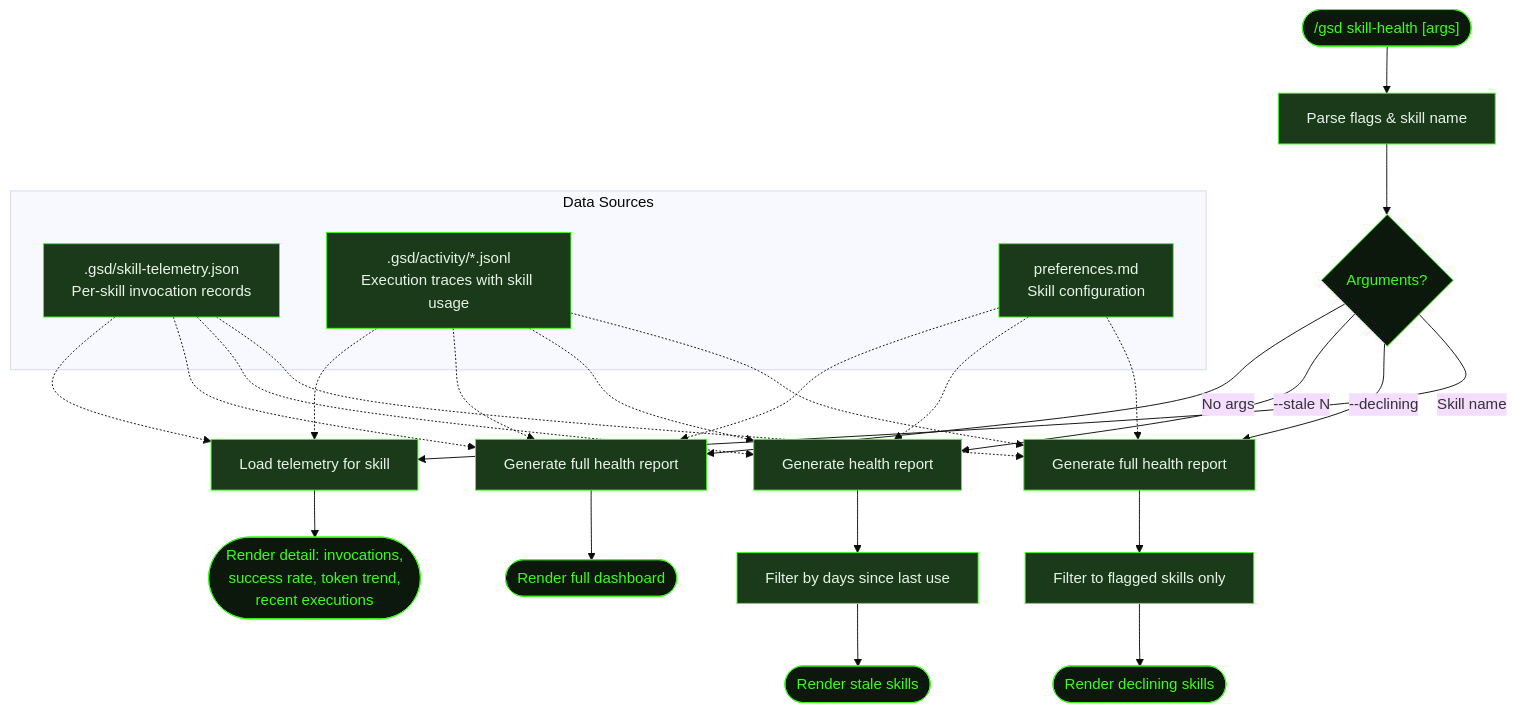
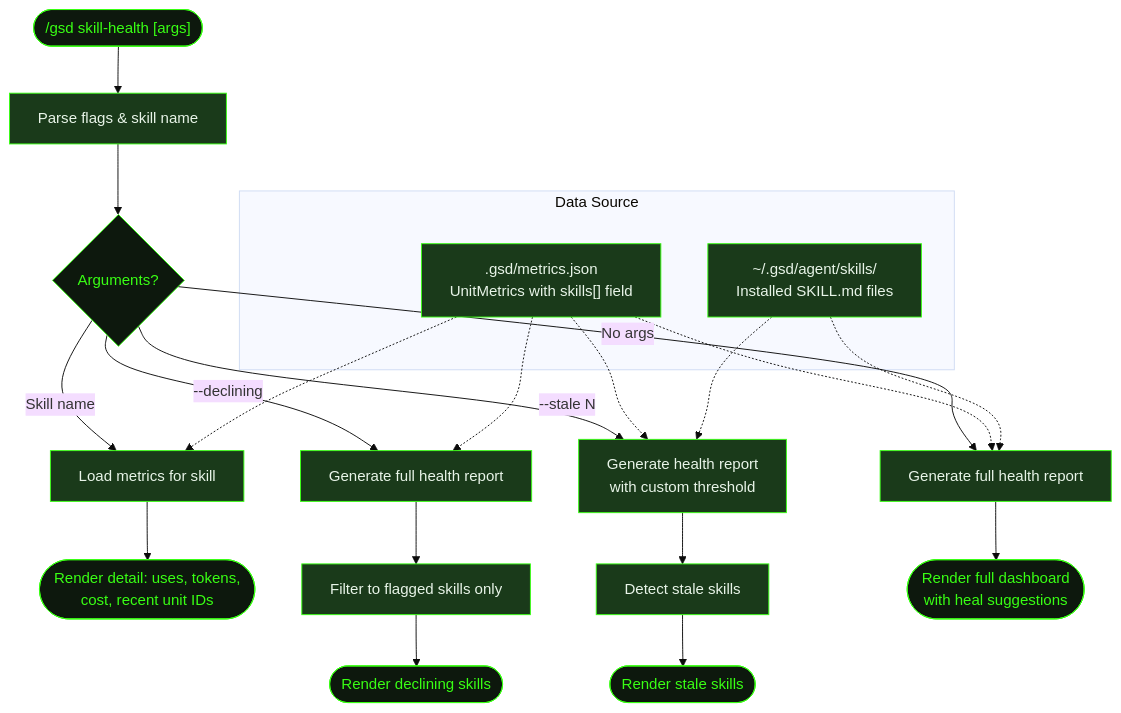
The diagram in src/content/docs/commands/skill-health.mdx (shusha-group/gsd2-guide), drawn with Mermaid (base theme) before and after one commit. The commit also changed other lines of this file and 49 other files, not shown here.

````diff
--- a/src/content/docs/commands/skill-health.mdx
+++ b/src/content/docs/commands/skill-health.mdx
@@ -23,54 +23,47 @@
 ```mermaid
 flowchart TD
     Start(["/gsd skill-health [args]"]) --> Parse[Parse flags & skill name]
     Parse --> Route{Arguments?}
 
-    Route -->|Skill name| Detail[Load telemetry for skill]
-    Detail --> DetailView([Render detail: invocations,<br/>success rate, token trend,<br/>recent executions])
+    Route -->|Skill name| Detail[Load metrics for skill]
+    Detail --> DetailView([Render detail: uses, tokens,<br/>cost, recent unit IDs])
 
     Route -->|--declining| GenReport[Generate full health report]
     GenReport --> FilterDecline[Filter to flagged skills only]
     FilterDecline --> DashDecline([Render declining skills])
 
-    Route -->|--stale N| GenReport2[Generate health report]
-    GenReport2 --> FilterStale[Filter by days since last use]
+    Route -->|--stale N| GenReport2[Generate health report<br/>with custom threshold]
+    GenReport2 --> FilterStale[Detect stale skills]
     FilterStale --> DashStale([Render stale skills])
 
     Route -->|No args| GenFull[Generate full health report]
-    GenFull --> DashFull([Render full dashboard])
+    GenFull --> DashFull([Render full dashboard<br/>with heal suggestions])
 
-    subgraph "Data Sources"
-        Telem[".gsd/skill-telemetry.json<br/>Per-skill invocation records"]
-        Activity[".gsd/activity/*.jsonl<br/>Execution traces with skill usage"]
-        Prefs["preferences.md<br/>Skill configuration"]
+    subgraph "Data Source"
+        Ledger[".gsd/metrics.json<br/>UnitMetrics with skills[] field"]
+        Skills["~/.gsd/agent/skills/<br/>Installed SKILL.md files"]
     end
 
-    Telem -.-> GenReport
-    Telem -.-> GenReport2
-    Telem -.-> GenFull
-    Telem -.-> Detail
-    Activity -.-> GenReport
-    Activity -.-> GenReport2
-    Activity -.-> GenFull
-    Activity -.-> Detail
-    Prefs -.-> GenReport
-    Prefs -.-> GenReport2
-    Prefs -.-> GenFull
+    Ledger -.-> GenReport
+    Ledger -.-> GenReport2
+    Ledger -.-> GenFull
+    Ledger -.-> Detail
+    Skills -.-> GenReport2
+    Skills -.-> GenFull
 
     style Start fill:#0d180d,stroke:#39ff14,color:#39ff14
     style Route fill:#0d180d,stroke:#39ff14,color:#39ff14
     style Parse fill:#1a3a1a,stroke:#39ff14,color:#e8f4e8
     style Detail fill:#1a3a1a,stroke:#39ff14,color:#e8f4e8
     style GenReport fill:#1a3a1a,stroke:#39ff14,color:#e8f4e8
     style GenReport2 fill:#1a3a1a,stroke:#39ff14,color:#e8f4e8
     style GenFull fill:#1a3a1a,stroke:#39ff14,color:#e8f4e8
     style FilterDecline fill:#1a3a1a,stroke:#39ff14,color:#e8f4e8
     style FilterStale fill:#1a3a1a,stroke:#39ff14,color:#e8f4e8
     style DetailView fill:#0d180d,stroke:#39ff14,color:#39ff14
     style DashDecline fill:#0d180d,stroke:#39ff14,color:#39ff14
     style DashStale fill:#0d180d,stroke:#39ff14,color:#39ff14
     style DashFull fill:#0d180d,stroke:#39ff14,color:#39ff14
-    style Telem fill:#1a3a1a,stroke:#39ff14,color:#e8f4e8
-    style Activity fill:#1a3a1a,stroke:#39ff14,color:#e8f4e8
-    style Prefs fill:#1a3a1a,stroke:#39ff14,color:#e8f4e8
+    style Ledger fill:#1a3a1a,stroke:#39ff14,color:#e8f4e8
+    style Skills fill:#1a3a1a,stroke:#39ff14,color:#e8f4e8
 ```
````
